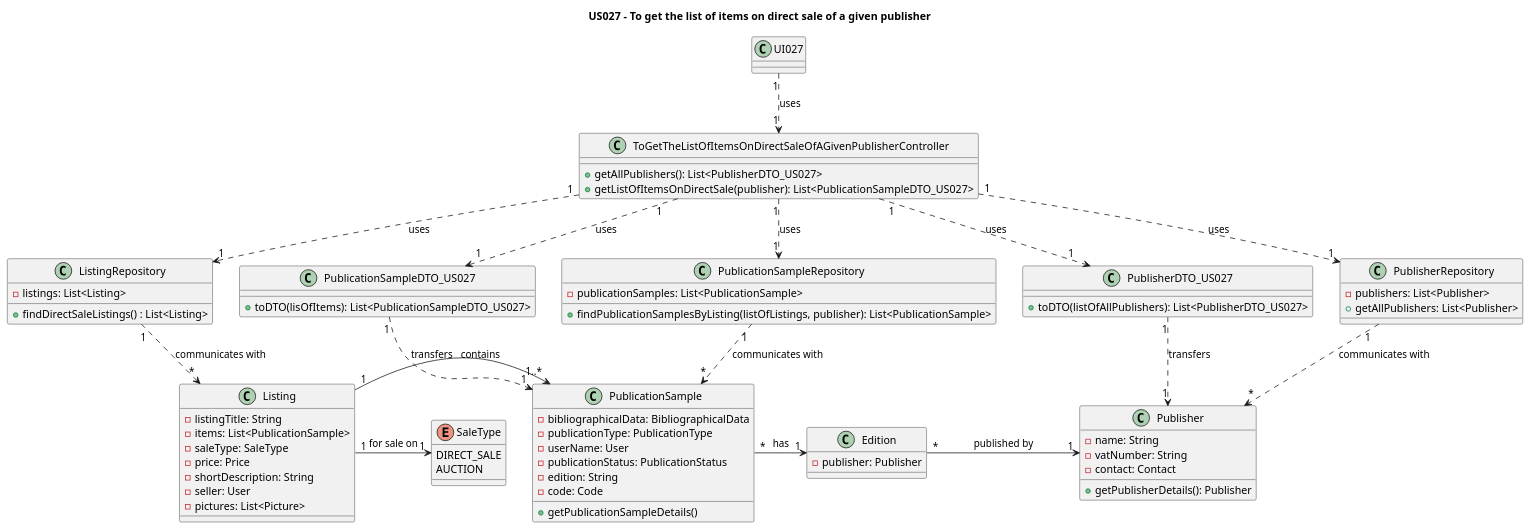
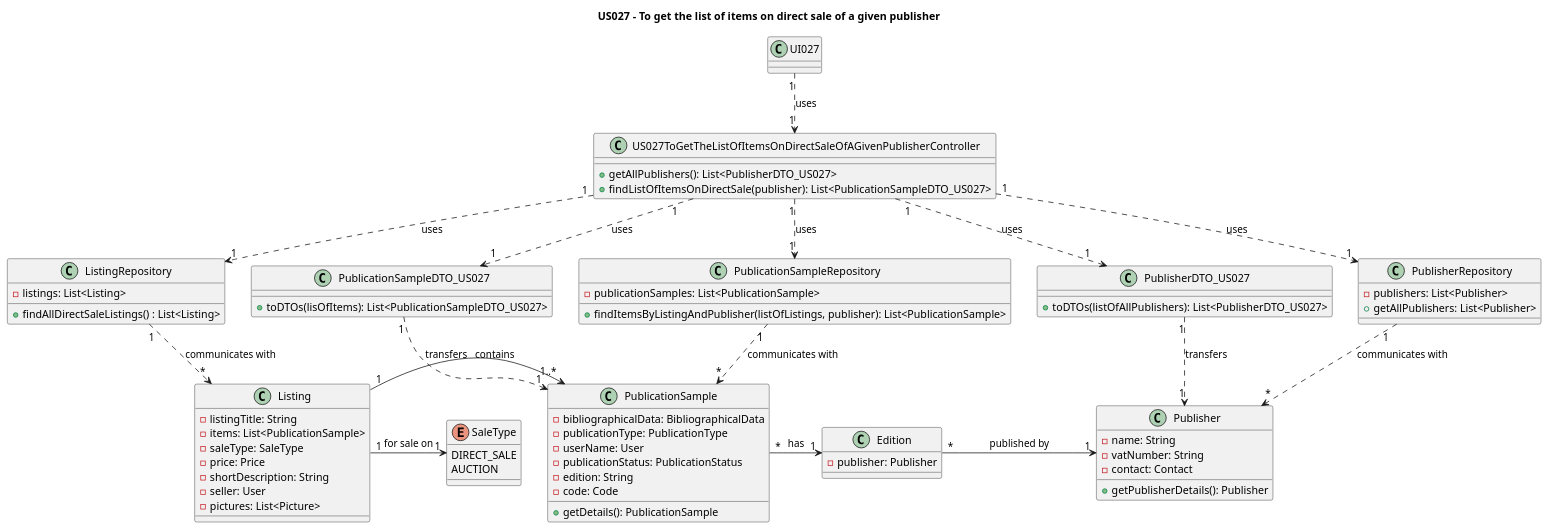
One commit to AndrePereiraGitH/SWitCH-Project-Team_A changed the diagram in Diagrams/ClassDiagrams/US027-to-get-list-of-items-on-direct-sale-of-given-publisher.puml. Above: the diagram before and after it, drawn with PlantUML. The commit also changed 16 other files, not shown here.

Commit message:
Closes #205, minor changes on diagrams methods. Closes #206, implementation of unit tests and methods for US027

```diff
--- a/Diagrams/ClassDiagrams/US027-to-get-list-of-items-on-direct-sale-of-given-publisher.puml
+++ b/Diagrams/ClassDiagrams/US027-to-get-list-of-items-on-direct-sale-of-given-publisher.puml
@@ -1,100 +1,100 @@
 @startuml
 title US027 - To get the list of items on direct sale of a given publisher
 
 class UI027 {
 }
 
-class ToGetTheListOfItemsOnDirectSaleOfAGivenPublisherController {
+class US027ToGetTheListOfItemsOnDirectSaleOfAGivenPublisherController {
     + getAllPublishers(): List<PublisherDTO_US027>
-    + getListOfItemsOnDirectSale(publisher): List<PublicationSampleDTO_US027>
+    + findListOfItemsOnDirectSale(publisher): List<PublicationSampleDTO_US027>
 }
 
 class PublisherRepository {
     - publishers: List<Publisher>
     + getAllPublishers: List<Publisher>
 }
 
 class PublisherDTO_US027 {
-    + toDTO(listOfAllPublishers): List<PublisherDTO_US027>
+    + toDTOs(listOfAllPublishers): List<PublisherDTO_US027>
 }
 
 class Publisher {
     - name: String
     - vatNumber: String
     - contact: Contact
     + getPublisherDetails(): Publisher
 }
 
 class ListingRepository {
     - listings: List<Listing>
-    + findDirectSaleListings() : List<Listing>
+    + findAllDirectSaleListings() : List<Listing>
 }
 
 class PublicationSampleRepository {
     - publicationSamples: List<PublicationSample>
-    + findPublicationSamplesByListing(listOfListings, publisher): List<PublicationSample>
+    + findItemsByListingAndPublisher(listOfListings, publisher): List<PublicationSample>
 }
 
 class PublicationSampleDTO_US027 {
-    + toDTO(lisOfItems): List<PublicationSampleDTO_US027>
+    + toDTOs(lisOfItems): List<PublicationSampleDTO_US027>
 }
 
 class PublicationSample {
     - bibliographicalData: BibliographicalData
     - publicationType: PublicationType
     - userName: User
     - publicationStatus: PublicationStatus
     - edition: String
     - code: Code
-    + getPublicationSampleDetails()
+    + getDetails(): PublicationSample
 }
 
 class Listing {
     - listingTitle: String
     - items: List<PublicationSample>
     - saleType: SaleType
     - price: Price
     - shortDescription: String
     - seller: User
     - pictures: List<Picture>
 }
 
 enum SaleType {
     DIRECT_SALE
     AUCTION
 }
 
 class Edition {
     - publisher: Publisher
 }
 
 ' Interactions
 
 ' Interactions
 
-UI027 "1" ..> "1" ToGetTheListOfItemsOnDirectSaleOfAGivenPublisherController : uses
+UI027 "1" ..> "1" US027ToGetTheListOfItemsOnDirectSaleOfAGivenPublisherController : uses
 
-ToGetTheListOfItemsOnDirectSaleOfAGivenPublisherController "1" ..> "1" PublisherRepository: uses
-ToGetTheListOfItemsOnDirectSaleOfAGivenPublisherController "1" ..> "1" PublisherDTO_US027 : uses
-ToGetTheListOfItemsOnDirectSaleOfAGivenPublisherController "1" ..> "1" ListingRepository : uses
-ToGetTheListOfItemsOnDirectSaleOfAGivenPublisherController "1" ..> "1" PublicationSampleRepository : uses
-ToGetTheListOfItemsOnDirectSaleOfAGivenPublisherController "1" ..> "1" PublicationSampleDTO_US027 : uses
+US027ToGetTheListOfItemsOnDirectSaleOfAGivenPublisherController "1" ..> "1" PublisherRepository: uses
+US027ToGetTheListOfItemsOnDirectSaleOfAGivenPublisherController "1" ..> "1" PublisherDTO_US027 : uses
+US027ToGetTheListOfItemsOnDirectSaleOfAGivenPublisherController "1" ..> "1" ListingRepository : uses
+US027ToGetTheListOfItemsOnDirectSaleOfAGivenPublisherController "1" ..> "1" PublicationSampleRepository : uses
+US027ToGetTheListOfItemsOnDirectSaleOfAGivenPublisherController "1" ..> "1" PublicationSampleDTO_US027 : uses
 
 PublisherRepository "1" ..> "*" Publisher : communicates with
 
 PublisherDTO_US027 "1" ..> "1" Publisher : transfers
 
 ListingRepository "1" ..> "*" Listing: communicates with
 
 PublicationSampleRepository "1" ..> "*" PublicationSample: communicates with
 
 PublicationSampleDTO_US027 "1" ..> "1" PublicationSample : transfers
 
 ' Domain classes interactions
 
 Listing "1" -> "1..*" PublicationSample: contains
 PublicationSample "*" -> "1" Edition: has
 Edition "*" -> "1" Publisher: published by
 Listing "1" -> "1" SaleType: for sale on
 
 @enduml
```
